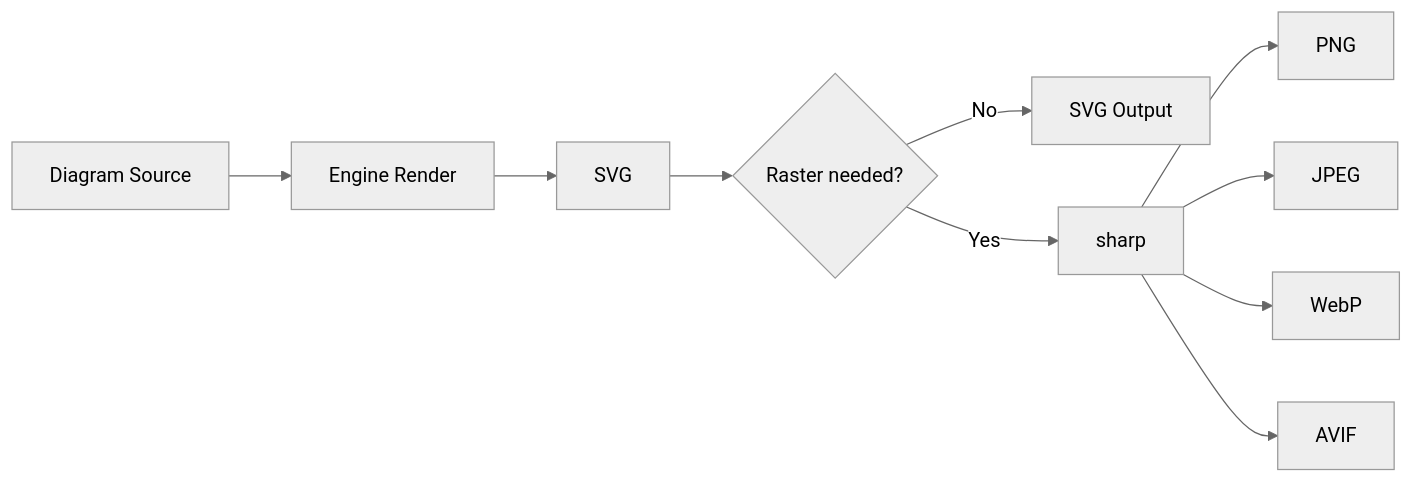
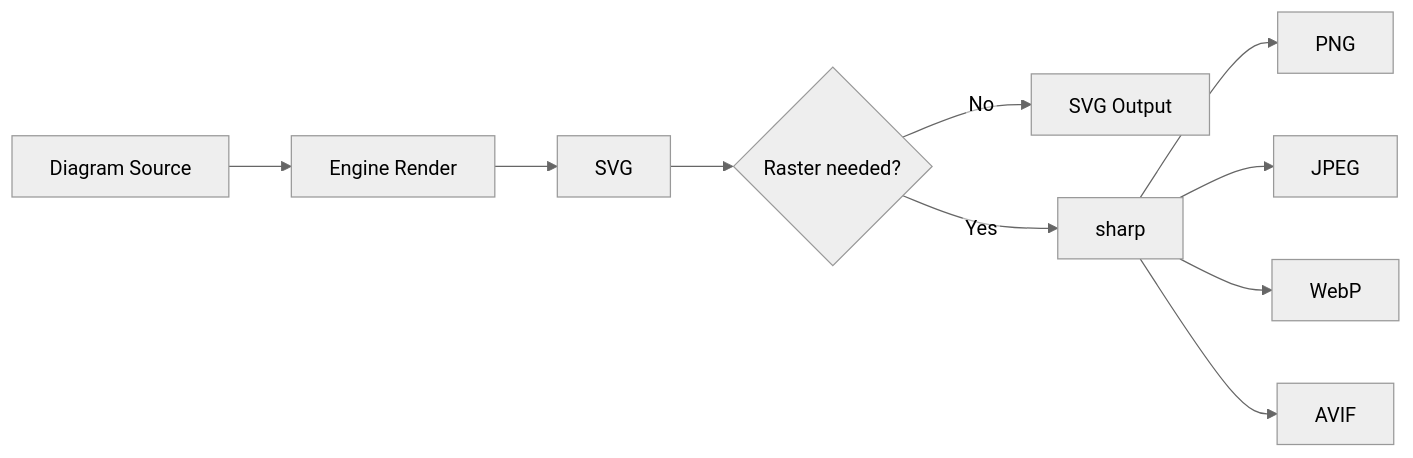
One commit to sujeet-pro/diagramkit changed the diagram in docs/guide/image-formats/format-pipeline.mermaid. Above: the diagram before and after it, drawn with Mermaid (neutral theme). The commit also changed 148 other files, not shown here.

```diff
--- a/docs/guide/image-formats/format-pipeline.mermaid
+++ b/docs/guide/image-formats/format-pipeline.mermaid
@@ -1,12 +1,13 @@
 %% Diagram: Image Format Pipeline
 %% Type: flowchart
+%%{init: {'htmlLabels': false, 'flowchart': {'htmlLabels': false}}}%%
 flowchart LR
     source[Diagram Source] --> engine[Engine Render]
     engine --> svg[SVG]
     svg --> raster_check{Raster needed?}
     raster_check -->|No| svg_output[SVG Output]
     raster_check -->|Yes| sharp[sharp]
     sharp --> png[PNG]
     sharp --> jpeg[JPEG]
     sharp --> webp[WebP]
     sharp --> avif[AVIF]
```
